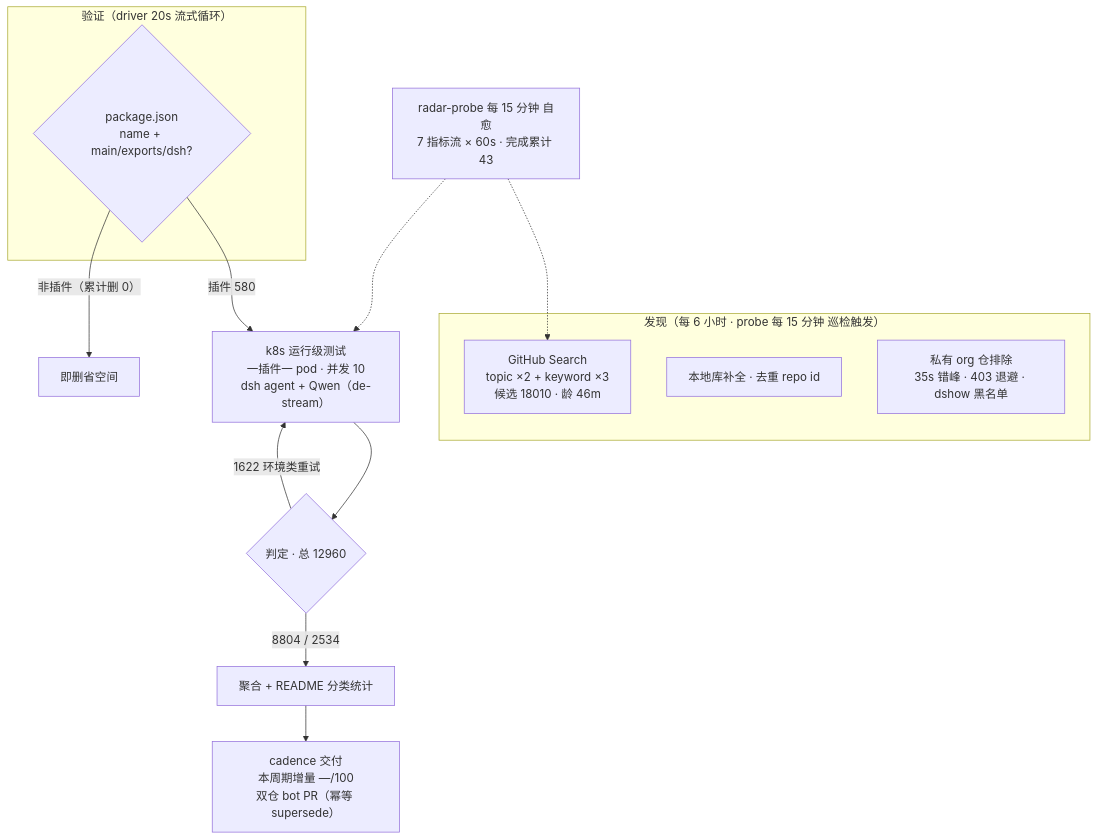
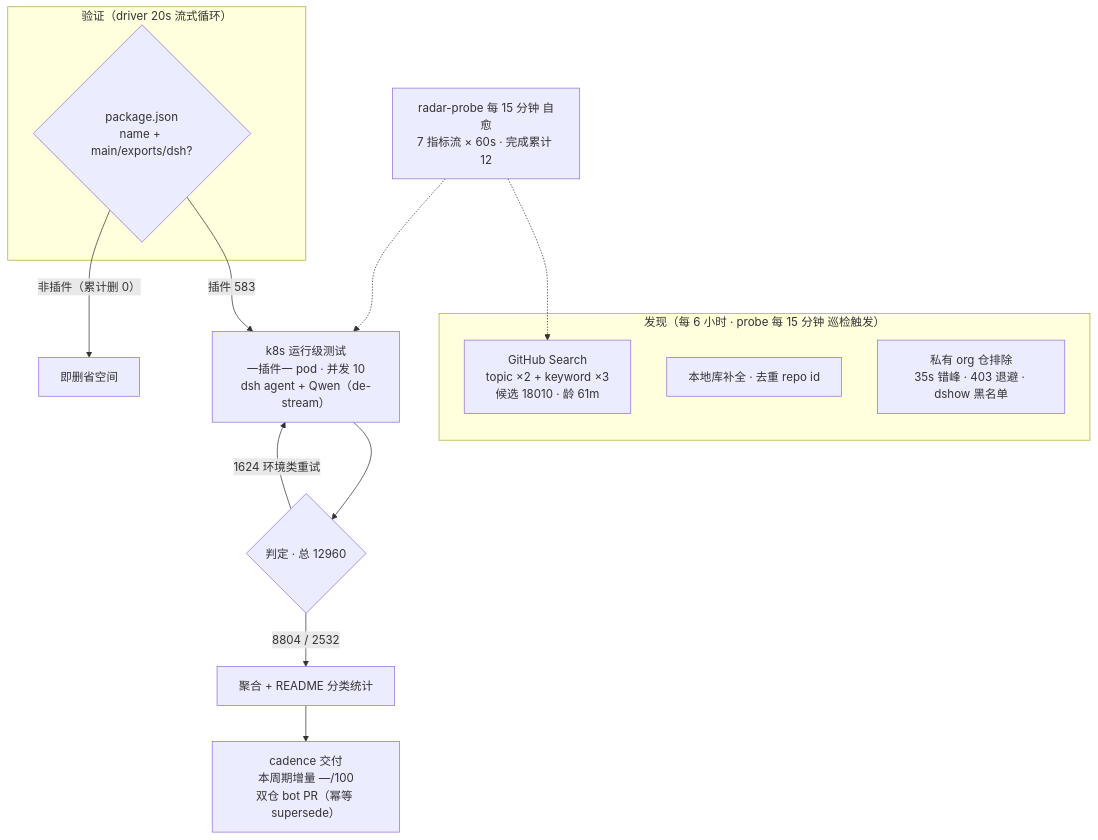
Before and after one commit to AdamPlatin123/awesome-dsh-plugins: the diagram in README.md, drawn with Mermaid. The commit also changed other lines of this file and 5 other files, not shown here.

````diff
--- a/README.md
+++ b/README.md
@@ -52,20 +52,20 @@
 ```mermaid
 flowchart TB
     subgraph Discovery["发现（每 6 小时 · probe 每 15 分钟 巡检触发）"]
-        A1["GitHub Search<br/>topic ×2 + keyword ×3<br/>候选 18010 · 龄 46m"]
+        A1["GitHub Search<br/>topic ×2 + keyword ×3<br/>候选 18010 · 龄 61m"]
         A2["本地库补全 · 去重 repo id"]
         A3["私有 org 仓排除<br/>35s 错峰 · 403 退避 · dshow 黑名单"]
     end
     subgraph Validation["验证（driver 20s 流式循环）"]
         B1{"package.json<br/>name + main/exports/dsh?"}
     end
-    B1 -->|"插件 580"| C1["k8s 运行级测试<br/>一插件一 pod · 并发 10<br/>dsh agent + Qwen（de-stream）"]
+    B1 -->|"插件 583"| C1["k8s 运行级测试<br/>一插件一 pod · 并发 10<br/>dsh agent + Qwen（de-stream）"]
     B1 -->|"非插件（累计删 0）"| B3["即删省空间"]
     C1 --> D1{"判定 · 总 12960"}
-    D1 -->|"8804 / 2534"| E1["聚合 + README 分类统计"]
-    D1 -->|"1622 环境类重试"| C1
+    D1 -->|"8804 / 2532"| E1["聚合 + README 分类统计"]
+    D1 -->|"1624 环境类重试"| C1
     E1 --> E2["cadence 交付<br/>本周期增量 —/100<br/>双仓 bot PR（幂等 supersede）"]
-    M["radar-probe 每 15 分钟 自愈<br/>7 指标流 × 60s · 完成累计 43"]
+    M["radar-probe 每 15 分钟 自愈<br/>7 指标流 × 60s · 完成累计 12"]
     M -.-> A1
     M -.-> C1
 ```
````
